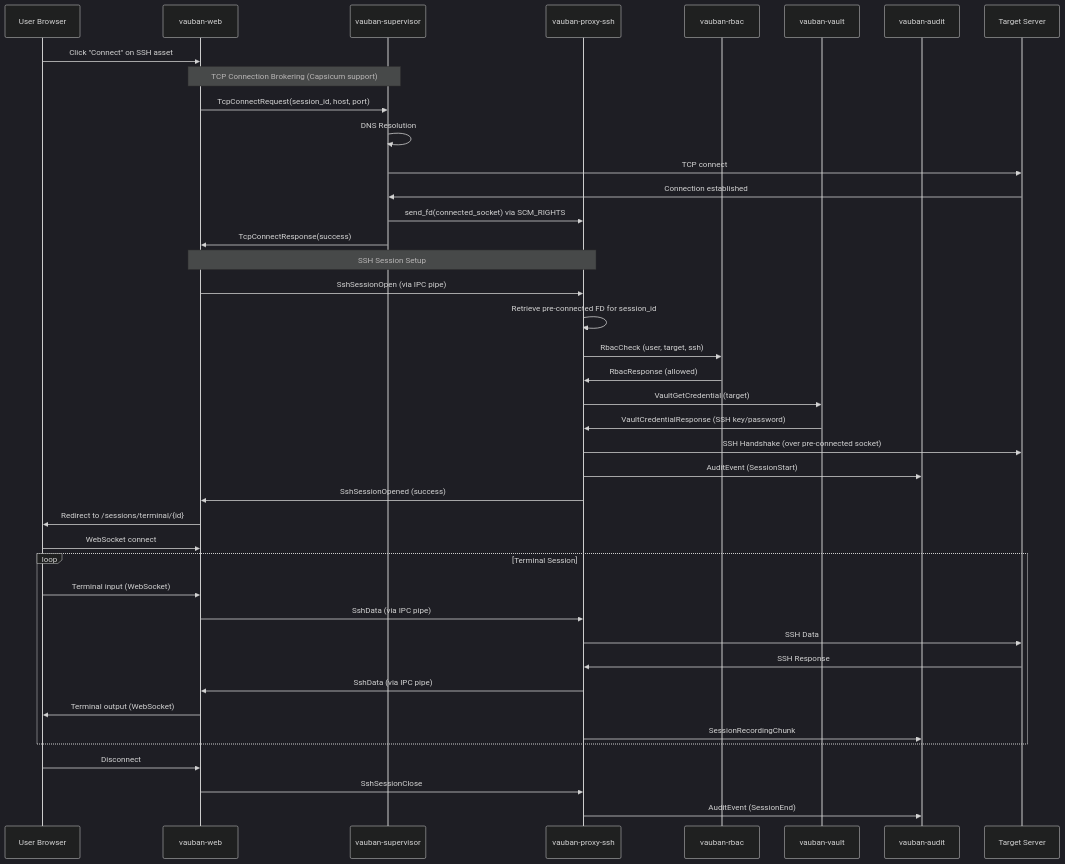
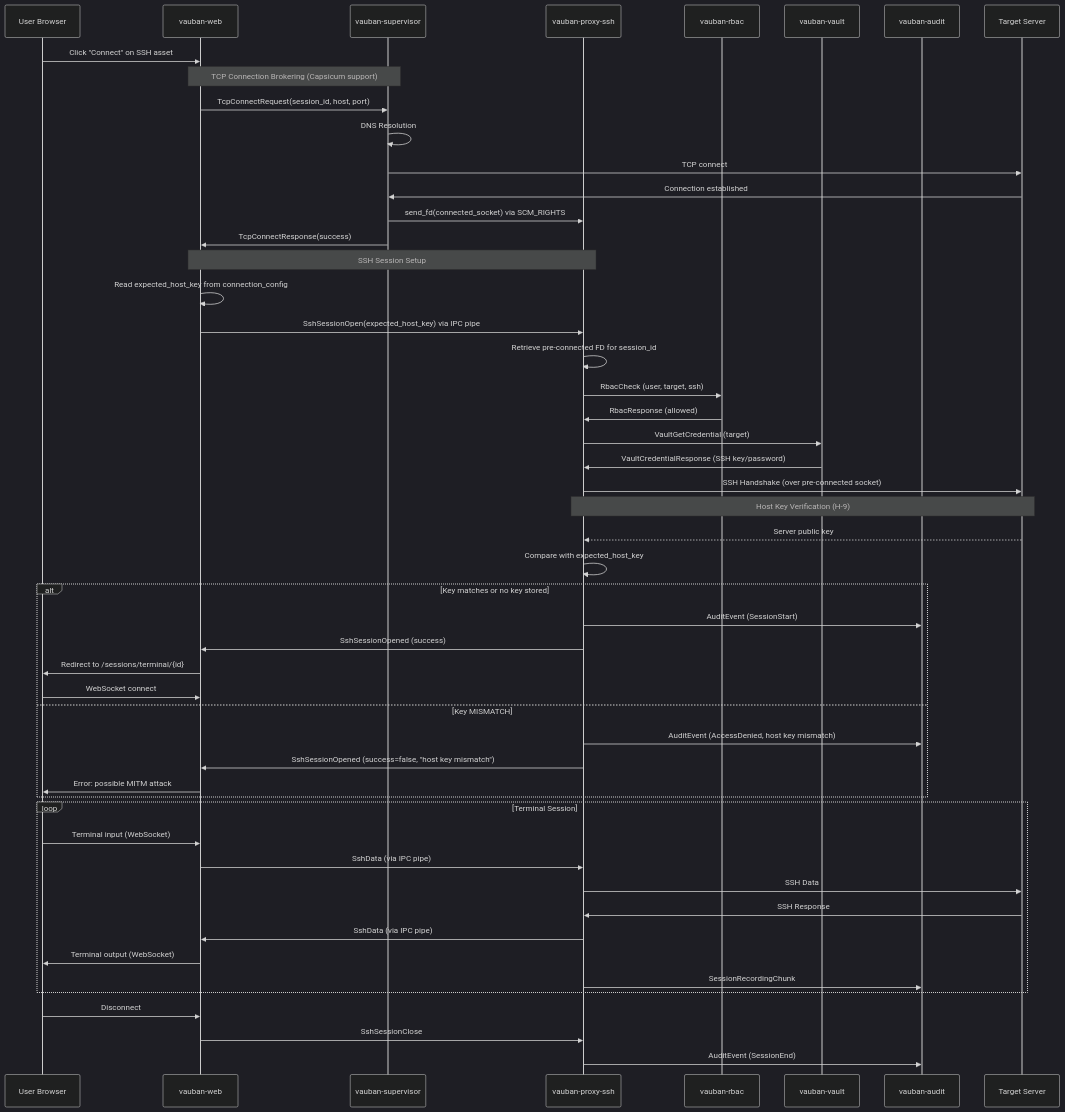
Before and after one commit to rbenaley/Vauban: the tenth of 11 diagrams in docs/technical/Vauban_Privsep_Architecture_EN(1.1).md, drawn with Mermaid (dark theme). The commit also changed other lines of this file and 31 other files, not shown here.

````diff
--- a/docs/technical/Vauban_Privsep_Architecture_EN(1.1).md
+++ b/docs/technical/Vauban_Privsep_Architecture_EN(1.1).md
@@ -1102,48 +1102,59 @@
 ```mermaid
 sequenceDiagram
     participant U as User Browser
     participant W as vauban-web
     participant S as vauban-supervisor
     participant P as vauban-proxy-ssh
     participant R as vauban-rbac
     participant V as vauban-vault
     participant Au as vauban-audit
     participant T as Target Server
 
     U->>W: Click "Connect" on SSH asset
     
     Note over W,S: TCP Connection Brokering (Capsicum support)
     W->>S: TcpConnectRequest(session_id, host, port)
     S->>S: DNS Resolution
     S->>T: TCP connect
     T->>S: Connection established
     S->>P: send_fd(connected_socket) via SCM_RIGHTS
     S->>W: TcpConnectResponse(success)
     
     Note over W,P: SSH Session Setup
-    W->>P: SshSessionOpen (via IPC pipe)
+    W->>W: Read expected_host_key from connection_config
+    W->>P: SshSessionOpen(expected_host_key) via IPC pipe
     P->>P: Retrieve pre-connected FD for session_id
     P->>R: RbacCheck (user, target, ssh)
     R->>P: RbacResponse (allowed)
     P->>V: VaultGetCredential (target)
     V->>P: VaultCredentialResponse (SSH key/password)
     P->>T: SSH Handshake (over pre-connected socket)
-    P->>Au: AuditEvent (SessionStart)
-    P->>W: SshSessionOpened (success)
-    W->>U: Redirect to /sessions/terminal/{id}
-    U->>W: WebSocket connect
+    
+    Note over P,T: Host Key Verification (H-9)
+    T-->>P: Server public key
+    P->>P: Compare with expected_host_key
+    alt Key matches or no key stored
+        P->>Au: AuditEvent (SessionStart)
+        P->>W: SshSessionOpened (success)
+        W->>U: Redirect to /sessions/terminal/{id}
+        U->>W: WebSocket connect
+    else Key MISMATCH
+        P->>Au: AuditEvent (AccessDenied, host key mismatch)
+        P->>W: SshSessionOpened (success=false, "host key mismatch")
+        W->>U: Error: possible MITM attack
+    end
     
     loop Terminal Session
         U->>W: Terminal input (WebSocket)
         W->>P: SshData (via IPC pipe)
         P->>T: SSH Data
         T->>P: SSH Response
         P->>W: SshData (via IPC pipe)
         W->>U: Terminal output (WebSocket)
         P->>Au: SessionRecordingChunk
     end
     
     U->>W: Disconnect
     W->>P: SshSessionClose
     P->>Au: AuditEvent (SessionEnd)
 ```
````
